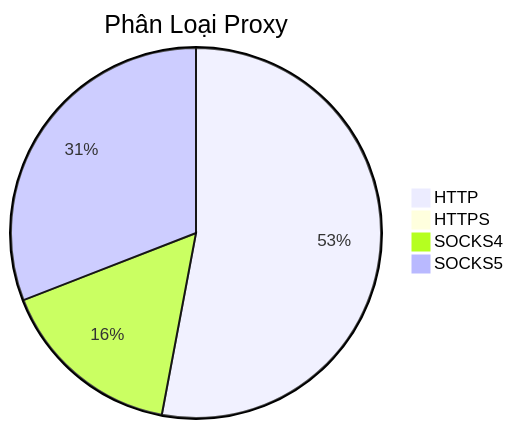
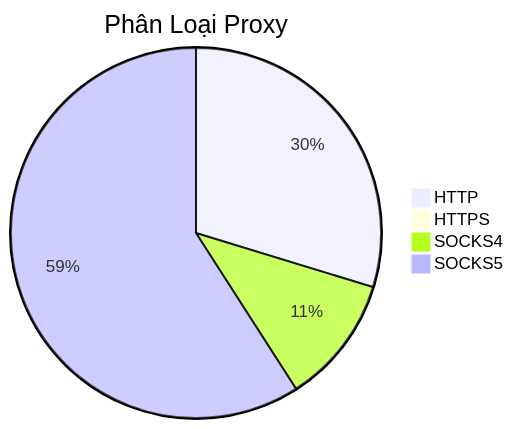
The diagram in README.md (Ciara-12/PROXY-free), drawn with Mermaid before and after one commit. The commit also changed other lines of this file and 4 other files, not shown here.

````diff
--- a/README.md
+++ b/README.md
@@ -26,7 +26,7 @@
 ```mermaid
 pie title Phân Loại Proxy
-    "HTTP" : 778
-    "HTTPS" : 2
-    "SOCKS4" : 237
-    "SOCKS5" : 454
+    "HTTP" : 839
+    "HTTPS" : 0
+    "SOCKS4" : 316
+    "SOCKS5" : 1668
 ```
````
